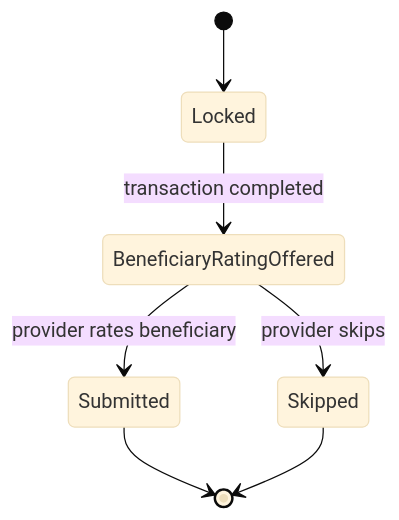
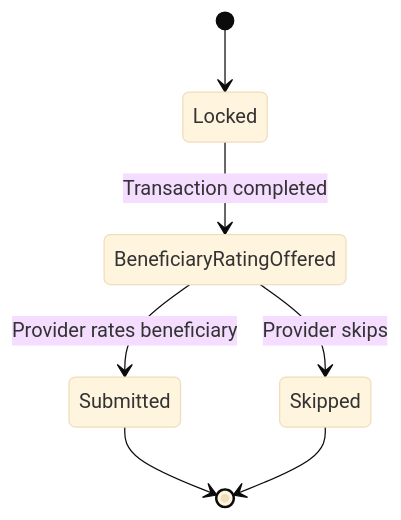
One commit to Yadd-SanaaUniversityGraduationProject/yadd changed the sixth of 7 diagrams in docs/03-analysis/07-lifecycles.md. Above: the diagram before and after it, drawn with Mermaid (base theme). The commit also changed other lines of this file, not shown here.

Commit message:
analysis: fix transaction terminal state and response lifecycle

````diff
--- a/docs/03-analysis/07-lifecycles.md
+++ b/docs/03-analysis/07-lifecycles.md
@@ -124,9 +129,9 @@
 ```mermaid
 stateDiagram-v2
     [*] --> Locked
-    Locked --> BeneficiaryRatingOffered: transaction completed
-    BeneficiaryRatingOffered --> Submitted: provider rates beneficiary
-    BeneficiaryRatingOffered --> Skipped: provider skips
+    Locked --> BeneficiaryRatingOffered: Transaction completed
+    BeneficiaryRatingOffered --> Submitted: Provider rates beneficiary
+    BeneficiaryRatingOffered --> Skipped: Provider skips
     Submitted --> [*]
     Skipped --> [*]
 ```
````
